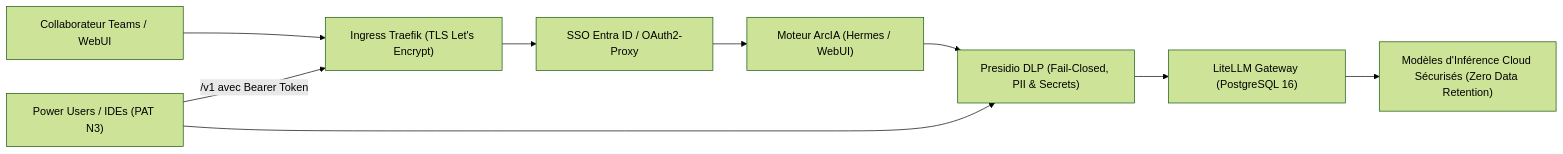
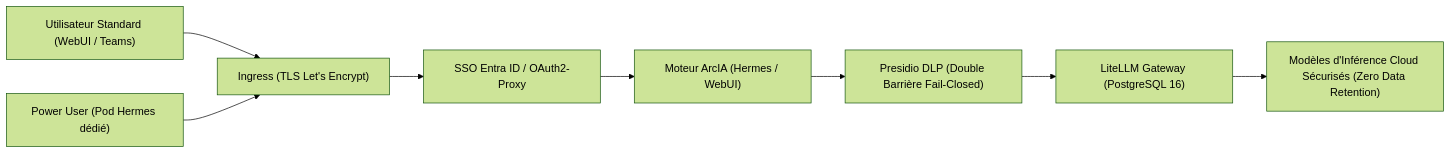
Before and after one commit to nicolastheuil/ArcIA: the diagram in docs/guides/securite.md, drawn with Mermaid (forest theme). The commit also changed other lines of this file and 20 other files, not shown here.

Commit message:
docs,scripts: simplify user profiles (standard vs poweruser), use root wizard & Spawn-PowerUser wrappers, and clean up README banner

````diff
--- a/docs/guides/securite.md
+++ b/docs/guides/securite.md
@@ -23,11 +23,10 @@
 ```mermaid
 flowchart LR
-    A["Collaborateur Teams / WebUI"] --> B["Ingress Traefik (TLS Let's Encrypt)"]
-    P["Power Users / IDEs (PAT N3)"] -->|/v1 avec Bearer Token| B
+    A["Utilisateur Standard (WebUI / Teams)"] --> B["Ingress (TLS Let's Encrypt)"]
+    P["Power User (Pod Hermes dédié)"] --> B
     B --> C["SSO Entra ID / OAuth2-Proxy"]
     C --> D["Moteur ArcIA (Hermes / WebUI)"]
-    D --> E["Presidio DLP (Fail-Closed, PII & Secrets)"]
-    P --> E
+    D --> E["Presidio DLP (Double Barrière Fail-Closed)"]
     E --> F["LiteLLM Gateway (PostgreSQL 16)"]
     F --> G["Modèles d'Inférence Cloud Sécurisés (Zero Data Retention)"]
 ```
````
